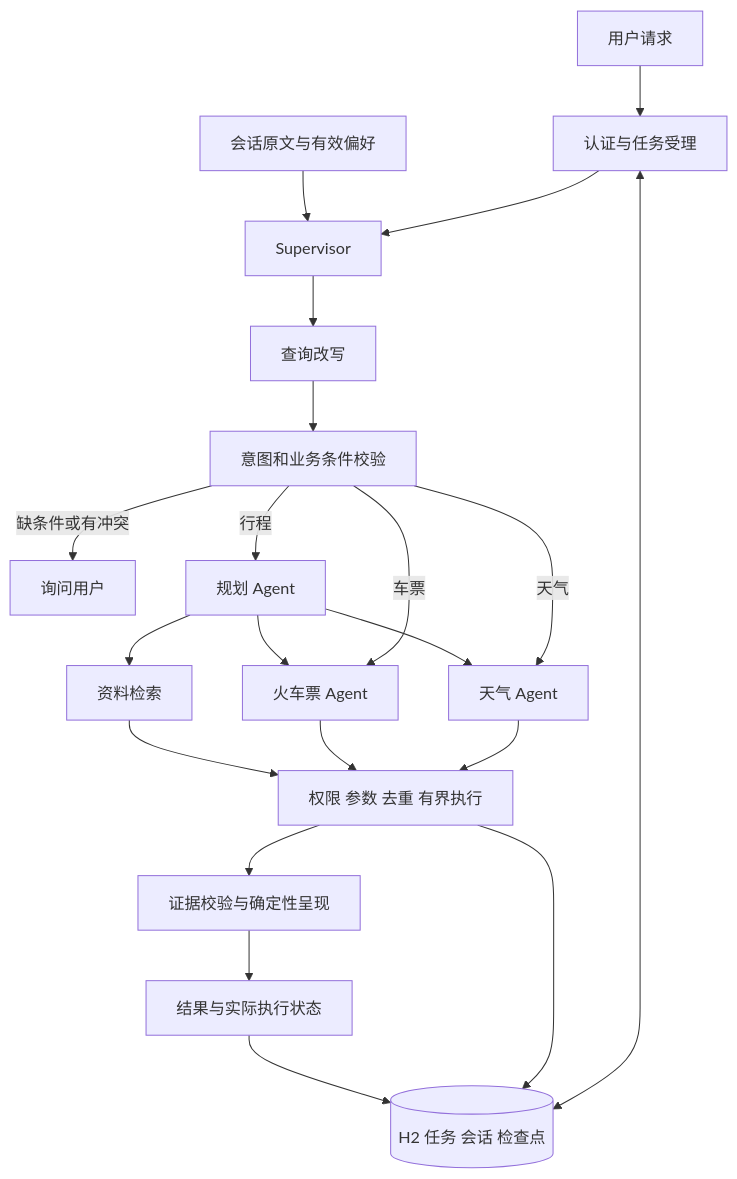
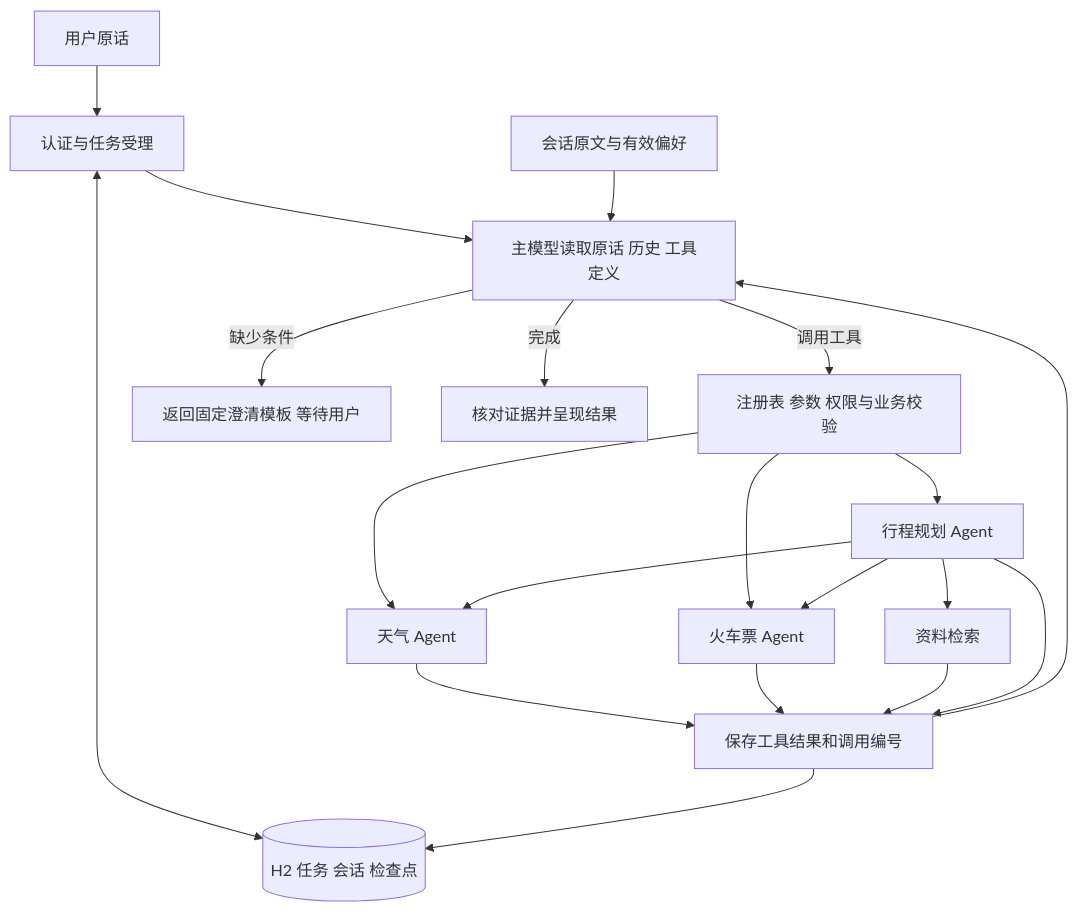
Before and after one commit to hj456992/agentscope-react-demo: the first of 4 diagrams in docs/Supervisor使用说明.md, drawn with Mermaid. The commit also changed other lines of this file and 26 other files, not shown here.

````diff
--- a/docs/Supervisor使用说明.md
+++ b/docs/Supervisor使用说明.md
@@ -9,23 +9,22 @@
 ```mermaid
 flowchart TD
-    U[用户请求] --> A[认证与任务受理]
-    A --> S[Supervisor]
+    U[用户原话] --> A[认证与任务受理]
+    A --> S[主模型读取原话 历史 工具定义]
     H[会话原文与有效偏好] --> S
-    S --> R[查询改写]
-    R --> I[意图和业务条件校验]
-    I -->|缺条件或有冲突| Q[询问用户]
-    I -->|天气| W[天气 Agent]
-    I -->|车票| T[火车票 Agent]
-    I -->|行程| P[规划 Agent]
+    S -->|调用工具| G[注册表 参数 权限与业务校验]
+    G --> W[天气 Agent]
+    G --> T[火车票 Agent]
+    G --> P[行程规划 Agent]
     P --> W
     P --> T
     P --> K[资料检索]
-    W --> G[权限 参数 去重 有界执行]
-    T --> G
-    K --> G
-    G --> V[证据校验与确定性呈现]
-    V --> O[结果与实际执行状态]
+    W --> R[保存工具结果和调用编号]
+    T --> R
+    K --> R
+    P --> R
+    R --> S
+    S -->|缺少条件| Q[返回固定澄清模板 等待用户]
+    S -->|完成| V[核对证据并呈现结果]
     A <--> DB[(H2 任务 会话 检查点)]
-    G --> DB
-    O --> DB
+    R --> DB
 ```
````
